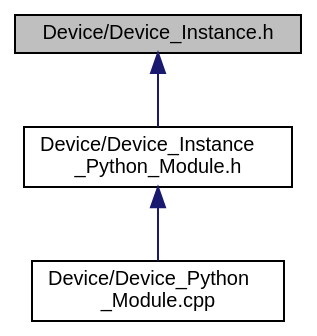
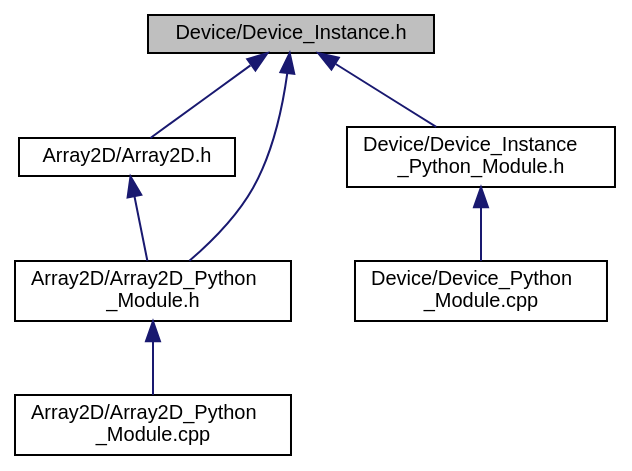
Before and after one commit to OsmanAEG/PySYCL: the diagram in docs/PySYCL_doxygen_html/_device___instance_8h__dep__incl.dot, drawn with Graphviz. The commit also changed 113 other files, not shown here.

```diff
--- a/docs/PySYCL_doxygen_html/_device___instance_8h__dep__incl.dot
+++ b/docs/PySYCL_doxygen_html/_device___instance_8h__dep__incl.dot
@@ -1,13 +1,20 @@
 digraph "Device/Device_Instance.h"
 {
  // INTERACTIVE_SVG=YES
  // LATEX_PDF_SIZE
   bgcolor="transparent";
   edge [fontname="Helvetica",fontsize="10",labelfontname="Helvetica",labelfontsize="10"];
   node [fontname="Helvetica",fontsize="10",shape=record];
   Node1 [label="Device/Device_Instance.h",height=0.2,width=0.4,color="black", fillcolor="grey75", style="filled", fontcolor="black",tooltip="Device instance for device selection in PySYCL."];
   Node1 -> Node2 [dir="back",color="midnightblue",fontsize="10",style="solid",fontname="Helvetica"];
-  Node2 [label="Device/Device_Instance\l_Python_Module.h",height=0.2,width=0.4,color="black",URL="$_device___instance___python___module_8h.html",tooltip="Python module for device instance in PySYCL."];
+  Node2 [label="Array2D/Array2D.h",height=0.2,width=0.4,color="black",URL="$_array2_d_8h.html",tooltip="Array2D in PySYCL. This is the shared version of the Array2D class. It is used when the user wants to..."];
   Node2 -> Node3 [dir="back",color="midnightblue",fontsize="10",style="solid",fontname="Helvetica"];
-  Node3 [label="Device/Device_Python\l_Module.cpp",height=0.2,width=0.4,color="black",URL="$_device___python___module_8cpp.html",tooltip="Python module for device in PySYCL."];
+  Node3 [label="Array2D/Array2D_Python\l_Module.h",height=0.2,width=0.4,color="black",URL="$_array2_d___python___module_8h.html",tooltip="Python module for an array_2d object in PySYCL."];
+  Node3 -> Node4 [dir="back",color="midnightblue",fontsize="10",style="solid",fontname="Helvetica"];
+  Node4 [label="Array2D/Array2D_Python\l_Module.cpp",height=0.2,width=0.4,color="black",URL="$_array2_d___python___module_8cpp.html",tooltip="Python module for array_2d in PySYCL."];
+  Node1 -> Node3 [dir="back",color="midnightblue",fontsize="10",style="solid",fontname="Helvetica"];
+  Node1 -> Node5 [dir="back",color="midnightblue",fontsize="10",style="solid",fontname="Helvetica"];
+  Node5 [label="Device/Device_Instance\l_Python_Module.h",height=0.2,width=0.4,color="black",URL="$_device___instance___python___module_8h.html",tooltip="Python module for device instance in PySYCL."];
+  Node5 -> Node6 [dir="back",color="midnightblue",fontsize="10",style="solid",fontname="Helvetica"];
+  Node6 [label="Device/Device_Python\l_Module.cpp",height=0.2,width=0.4,color="black",URL="$_device___python___module_8cpp.html",tooltip="Python module for device in PySYCL."];
 }
```
